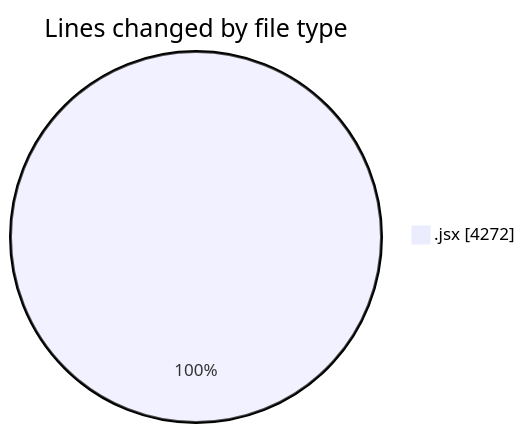
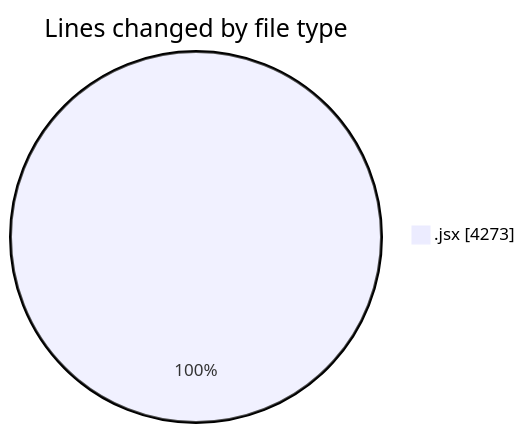
Before and after one commit to nxtqubesakshisongat/code-tracking: the first of 2 diagrams in 2026-01-06/nxtqube_webapp/README.md, drawn with Mermaid. The commit also changed other lines of this file and 1 other file, not shown here.

````diff
--- a/2026-01-06/nxtqube_webapp/README.md
+++ b/2026-01-06/nxtqube_webapp/README.md
@@ -21,5 +21,5 @@
 ```mermaid
 pie showData
 title Lines changed by file type
-".jsx" : 4272
+".jsx" : 4273
 ```
````
